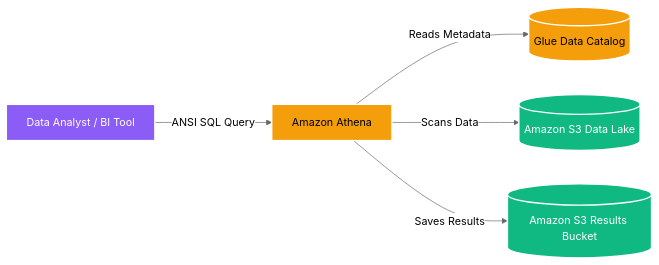
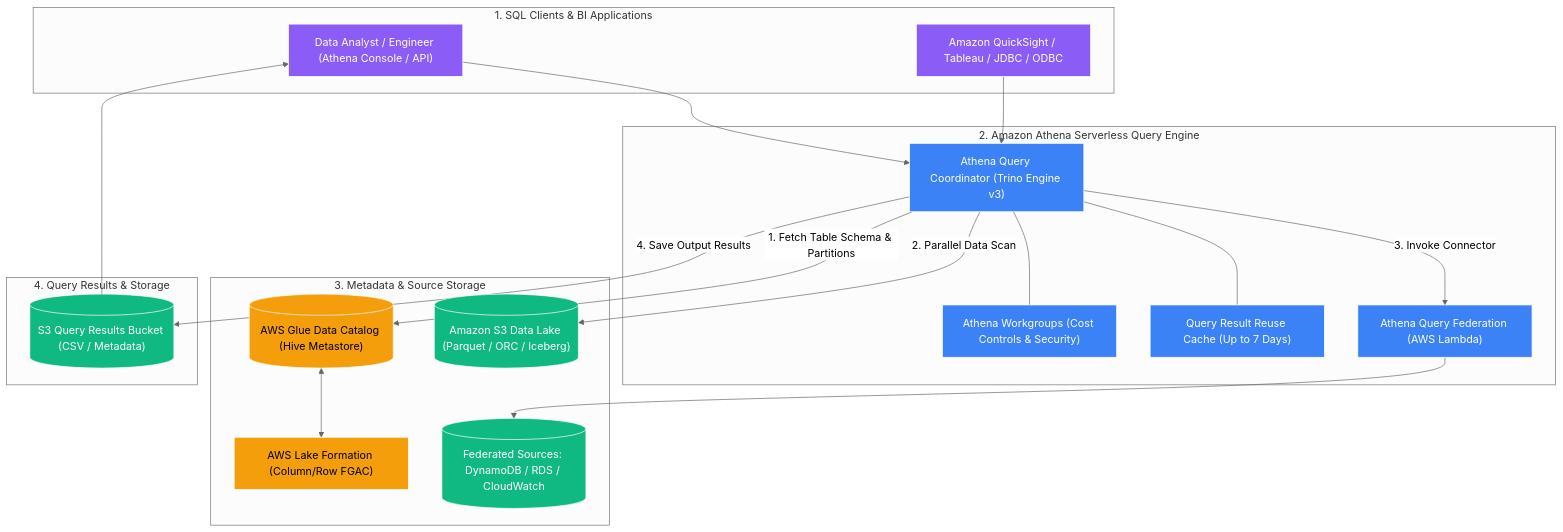
The diagram in content/en/02-services/analytics-streaming/athena/athena.md (Wathon/aws-dea-c01-note), drawn with Mermaid (neutral theme) before and after one commit. The commit also changed other lines of this file and 13 other files, not shown here.

Commit message:
Comprehensive DEA-C01 deep-dive overhaul for all 7 Amazon Athena notes (EN & MM)

````diff
--- a/content/en/02-services/analytics-streaming/athena/athena.md
+++ b/content/en/02-services/analytics-streaming/athena/athena.md
@@ -32,15 +32,49 @@
 ```mermaid
-graph LR
-    User[Data Analyst / BI Tool] -->|ANSI SQL Query| Athena[Amazon Athena]
-    Athena -->|Reads Metadata| GlueCatalog[(Glue Data Catalog)]
-    Athena -->|Scans Data| S3Lake[(Amazon S3 Data Lake)]
-    Athena -->|Saves Results| S3Results[(Amazon S3 Results Bucket)]
+graph TD
+    subgraph Clients["1. SQL Clients & BI Applications"]
+        Analyst["Data Analyst / Engineer (Athena Console / API)"]
+        BI["Amazon QuickSight / Tableau / JDBC / ODBC"]
+    end
+
+    subgraph AthenaEngine["2. Amazon Athena Serverless Query Engine"]
+        Coordinator["Athena Query Coordinator (Trino Engine v3)"]
+        Workgroups["Athena Workgroups (Cost Controls & Security)"]
+        ResultCache["Query Result Reuse Cache (Up to 7 Days)"]
+        FederationEngine["Athena Query Federation (AWS Lambda)"]
+    end
+
+    subgraph MetadataStorage["3. Metadata & Source Storage"]
+        Catalog[("AWS Glue Data Catalog (Hive Metastore)")]
+        LakeFormation["AWS Lake Formation (Column/Row FGAC)"]
+        S3DataLake[("Amazon S3 Data Lake (Parquet / ORC / Iceberg)")]
+        ExtDB[("Federated Sources: DynamoDB / RDS / CloudWatch")]
+    end
+
+    subgraph OutputLocation["4. Query Results & Storage"]
+        S3Results[("S3 Query Results Bucket (CSV / Metadata)")]
+    end
+
+    Analyst --> Coordinator
+    BI --> Coordinator
+    Coordinator --- Workgroups
+    Coordinator --- ResultCache
     
-    classDef user fill:#8b5cf6,stroke:#fff,stroke-width:2px,color:#fff;
-    classDef aws fill:#f59e0b,stroke:#fff,stroke-width:2px,color:#000;
-    classDef storage fill:#10b981,stroke:#fff,stroke-width:2px,color:#fff;
+    Coordinator -->|1. Fetch Table Schema & Partitions| Catalog
+    Catalog <--> LakeFormation
+    Coordinator -->|2. Parallel Data Scan| S3DataLake
+    Coordinator -->|3. Invoke Connector| FederationEngine
+    FederationEngine --> ExtDB
     
-    class User user;
-    class Athena,GlueCatalog aws;
-    class S3Lake,S3Results storage;
+    Coordinator -->|4. Save Output Results| S3Results
+    S3Results --> Analyst
+
+    classDef client fill:#8b5cf6,stroke:#fff,stroke-width:1px,color:#fff;
+    classDef engine fill:#3b82f6,stroke:#fff,stroke-width:1px,color:#fff;
+    classDef meta fill:#f59e0b,stroke:#fff,stroke-width:1px,color:#000;
+    classDef storage fill:#10b981,stroke:#fff,stroke-width:1px,color:#fff;
+
+    class Analyst,BI client;
+    class Coordinator,Workgroups,ResultCache,FederationEngine engine;
+    class Catalog,LakeFormation meta;
+    class S3DataLake,ExtDB,S3Results storage;
 ```
````
